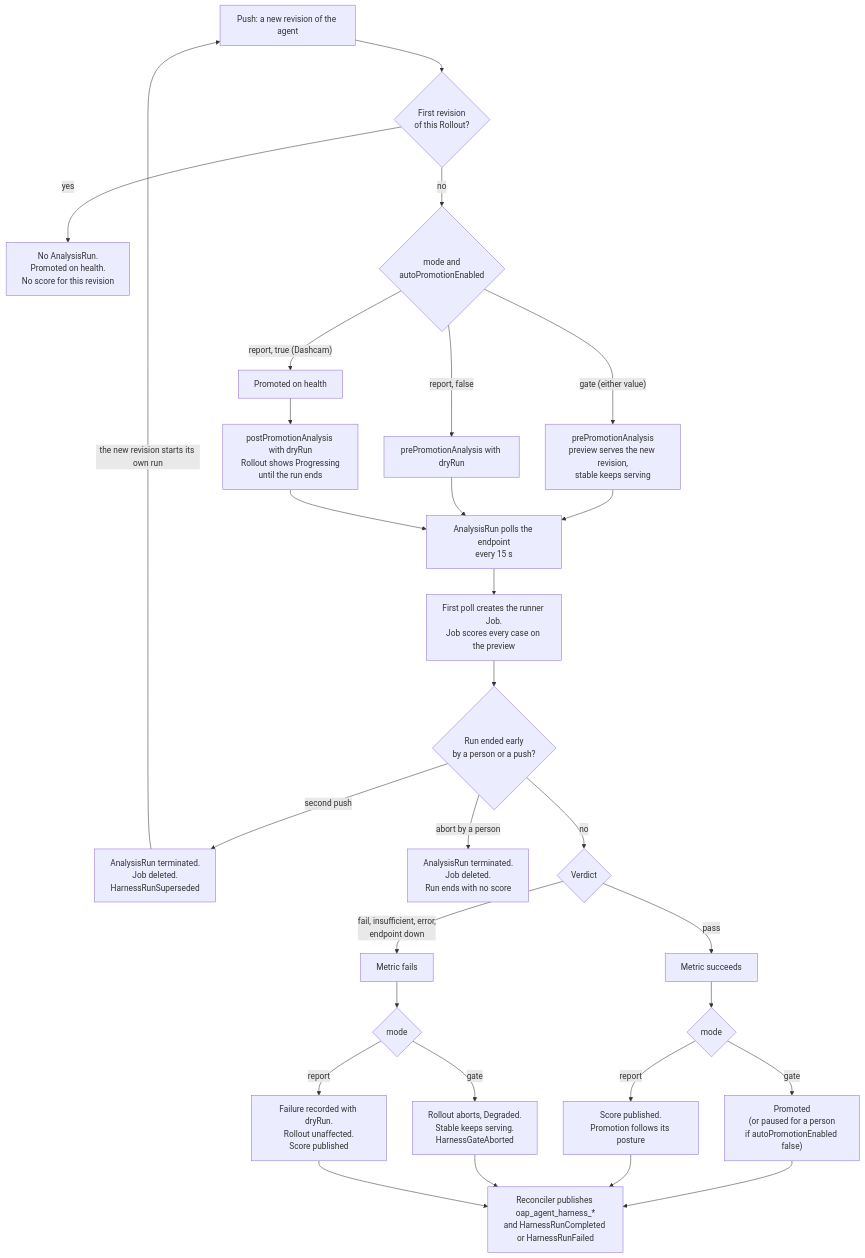
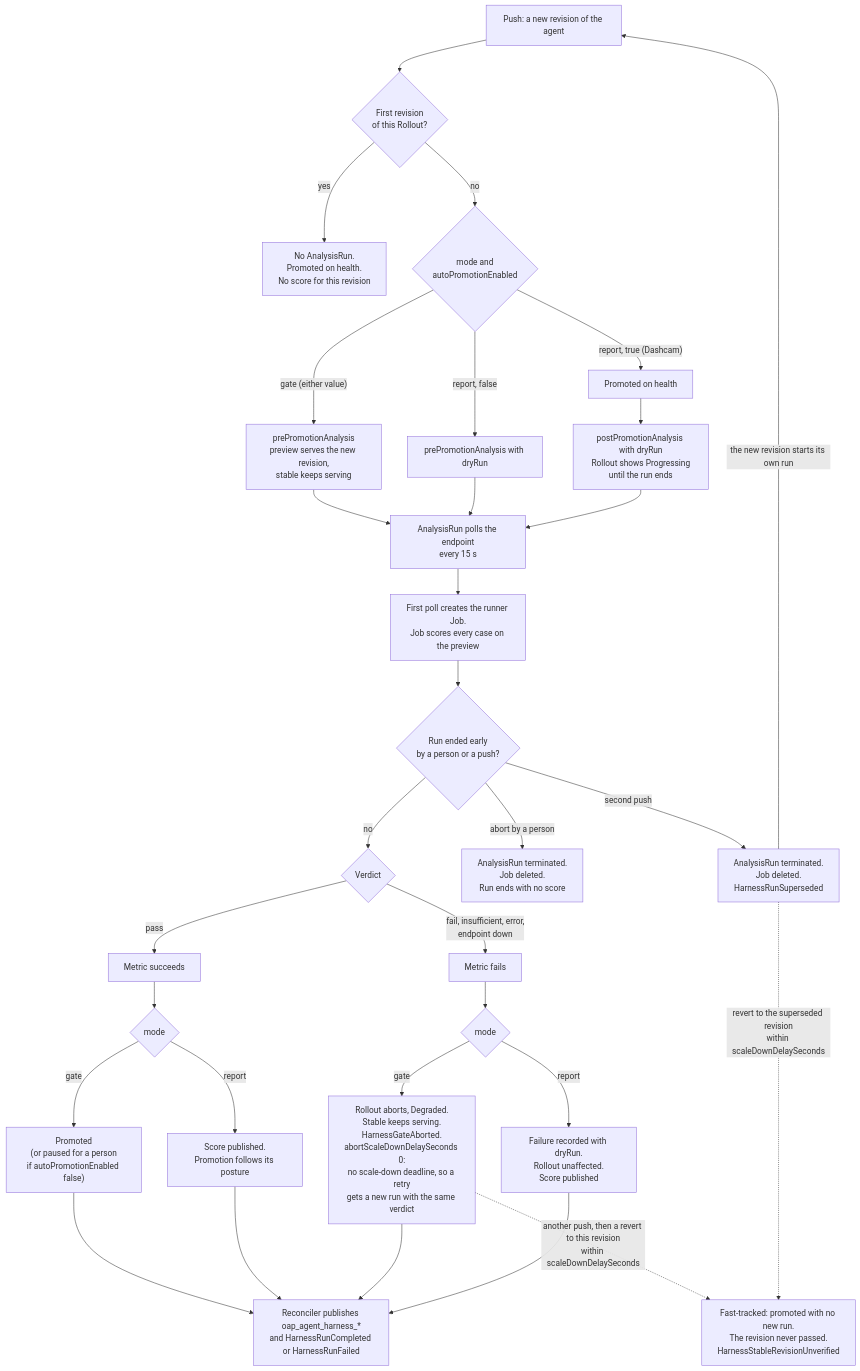
One commit to awslabs/open-agentic-platform changed the third of 3 diagrams in docs/architecture/agent-harness.md. Above: the diagram before and after it, drawn with Mermaid. The commit also changed other lines of this file and 2 other files, not shown here.

````diff
--- a/docs/architecture/agent-harness.md
+++ b/docs/architecture/agent-harness.md
@@ -588,31 +629,33 @@
 ```mermaid
 flowchart TD
   P["Push: a new revision of the agent"] --> F{"First revision<br/>of this Rollout?"}
   F -->|yes| NR["No AnalysisRun.<br/>Promoted on health.<br/>No score for this revision"]
   F -->|no| W{"mode and<br/>autoPromotionEnabled"}
   W -->|"gate (either value)"| PRE["prePromotionAnalysis<br/>preview serves the new revision,<br/>stable keeps serving"]
   W -->|"report, false"| PREDRY["prePromotionAnalysis with dryRun"]
   W -->|"report, true (Dashcam)"| PROM["Promoted on health"]
   PROM --> POST["postPromotionAnalysis with dryRun<br/>Rollout shows Progressing<br/>until the run ends"]
   PRE --> POLL
   PREDRY --> POLL
   POST --> POLL["AnalysisRun polls the endpoint<br/>every 15 s"]
   POLL --> JOB["First poll creates the runner Job.<br/>Job scores every case on the preview"]
   JOB --> SUP{"Run ended early<br/>by a person or a push?"}
   SUP -->|"second push"| TERM["AnalysisRun terminated.<br/>Job deleted.<br/>HarnessRunSuperseded"]
   TERM -->|"the new revision starts its own run"| P
   SUP -->|"abort by a person"| ABT["AnalysisRun terminated.<br/>Job deleted.<br/>Run ends with no score"]
   SUP -->|no| V{"Verdict"}
   V -->|pass| OK["Metric succeeds"]
   V -->|"fail, insufficient, error,<br/>endpoint down"| BAD["Metric fails"]
   OK --> OKM{"mode"}
   OKM -->|gate| GP["Promoted<br/>(or paused for a person<br/>if autoPromotionEnabled false)"]
   OKM -->|report| RP["Score published.<br/>Promotion follows its posture"]
   BAD --> BADM{"mode"}
-  BADM -->|gate| AB["Rollout aborts, Degraded.<br/>Stable keeps serving.<br/>HarnessGateAborted"]
+  BADM -->|gate| AB["Rollout aborts, Degraded.<br/>Stable keeps serving.<br/>HarnessGateAborted.<br/>abortScaleDownDelaySeconds 0:<br/>no scale-down deadline, so a retry<br/>gets a new run with the same verdict"]
+  AB -.->|"another push, then a revert to this revision<br/>within scaleDownDelaySeconds"| FT["Fast-tracked: promoted with no new run.<br/>The revision never passed.<br/>HarnessStableRevisionUnverified"]
+  TERM -.->|"revert to the superseded revision<br/>within scaleDownDelaySeconds"| FT
   BADM -->|report| RF["Failure recorded with dryRun.<br/>Rollout unaffected.<br/>Score published"]
   GP --> PUB
   RP --> PUB
   AB --> PUB
   RF --> PUB["Reconciler publishes oap_agent_harness_*<br/>and HarnessRunCompleted or HarnessRunFailed"]
 ```
````
